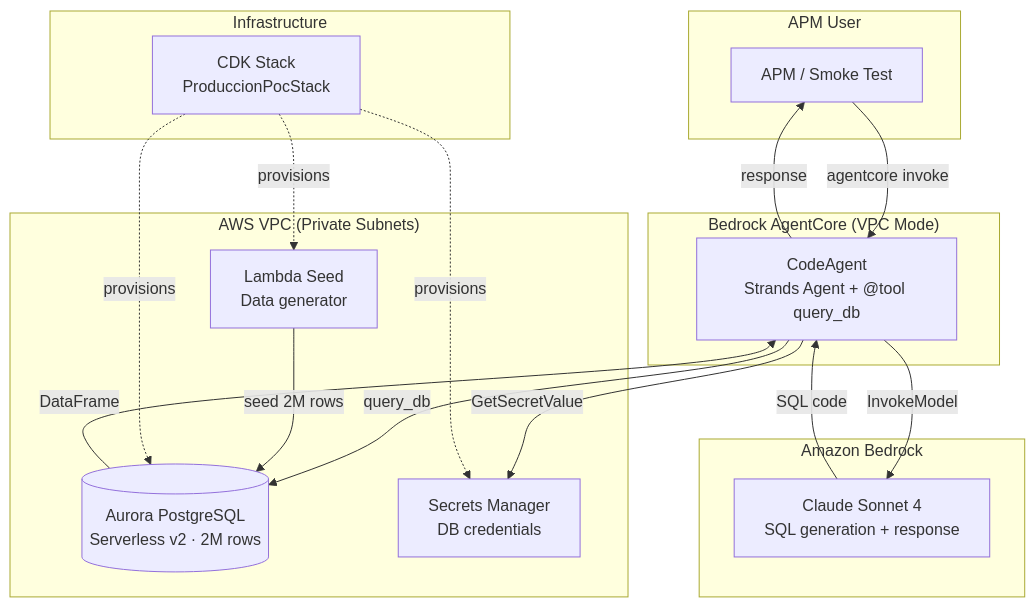
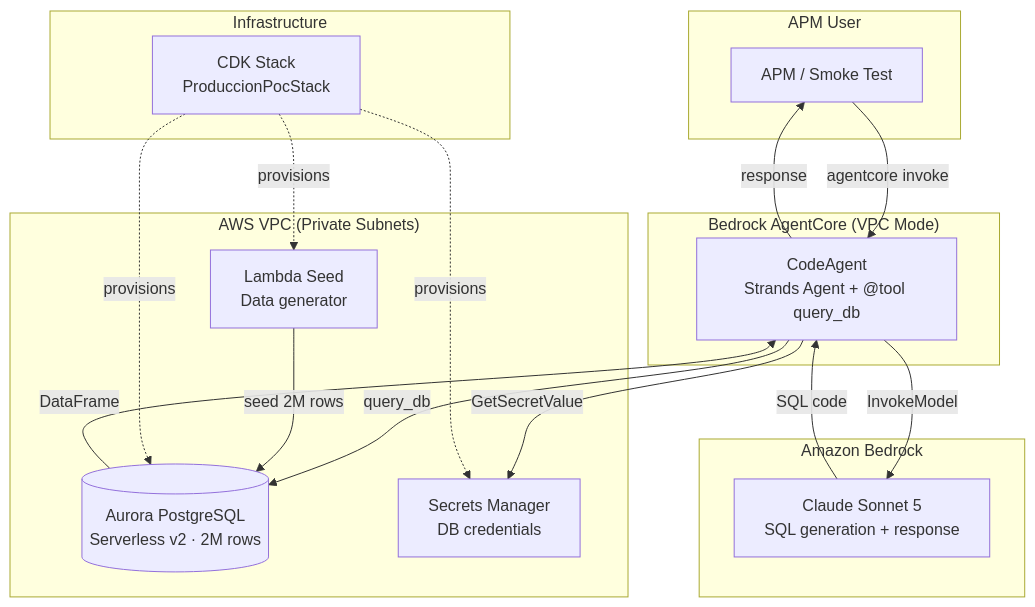
The diagram in produccion-poc/README.md (hmancinifranco/pharmassist), drawn with Mermaid before and after one commit. The commit also changed other lines of this file and 5 other files, not shown here.

````diff
--- a/produccion-poc/README.md
+++ b/produccion-poc/README.md
@@ -24,37 +24,37 @@
 ```mermaid
 graph TD
     subgraph "APM User"
         APM[APM / Smoke Test]
     end
 
     subgraph "Bedrock AgentCore (VPC Mode)"
         CA[CodeAgent<br/>Strands Agent + @tool query_db]
     end
 
     subgraph "Amazon Bedrock"
-        LLM[Claude Sonnet 4<br/>SQL generation + response]
+        LLM[Claude Sonnet 5<br/>SQL generation + response]
     end
 
     subgraph "AWS VPC (Private Subnets)"
         AURORA[(Aurora PostgreSQL<br/>Serverless v2 · 2M rows)]
         SM[Secrets Manager<br/>DB credentials]
         LAMBDA[Lambda Seed<br/>Data generator]
     end
 
     subgraph "Infrastructure"
         CDK[CDK Stack<br/>ProduccionPocStack]
     end
 
     APM -->|agentcore invoke| CA
     CA -->|InvokeModel| LLM
     LLM -->|SQL code| CA
     CA -->|query_db| AURORA
     AURORA -->|DataFrame| CA
     CA -->|response| APM
 
     CA -->|GetSecretValue| SM
     LAMBDA -->|seed 2M rows| AURORA
     CDK -.->|provisions| AURORA
     CDK -.->|provisions| SM
     CDK -.->|provisions| LAMBDA
 ```
````
